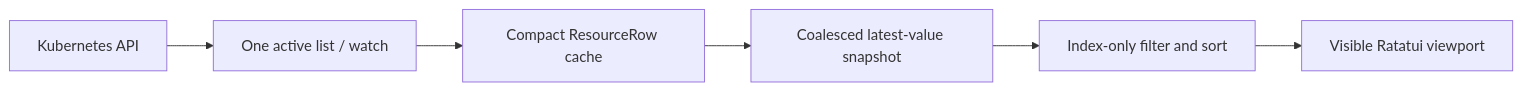
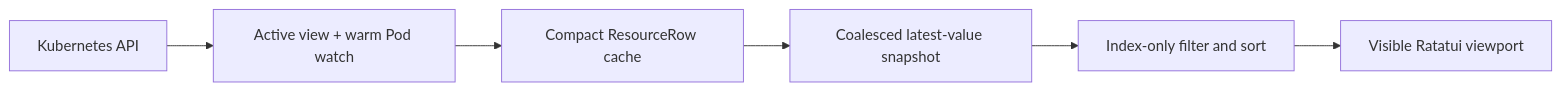
One commit to maxsxu/kux changed the diagram in README.md. Above: the diagram before and after it, drawn with Mermaid. The commit also changed other lines of this file and 5 other files, not shown here.

````diff
--- a/README.md
+++ b/README.md
@@ -118,8 +118,8 @@
 ```mermaid
 flowchart LR
-    A["Kubernetes API"] --> B["One active list / watch"]
+    A["Kubernetes API"] --> B["Active view + warm Pod watch"]
     B --> C["Compact ResourceRow cache"]
     C --> D["Coalesced latest-value snapshot"]
     D --> E["Index-only filter and sort"]
     E --> F["Visible Ratatui viewport"]
 ```
````
